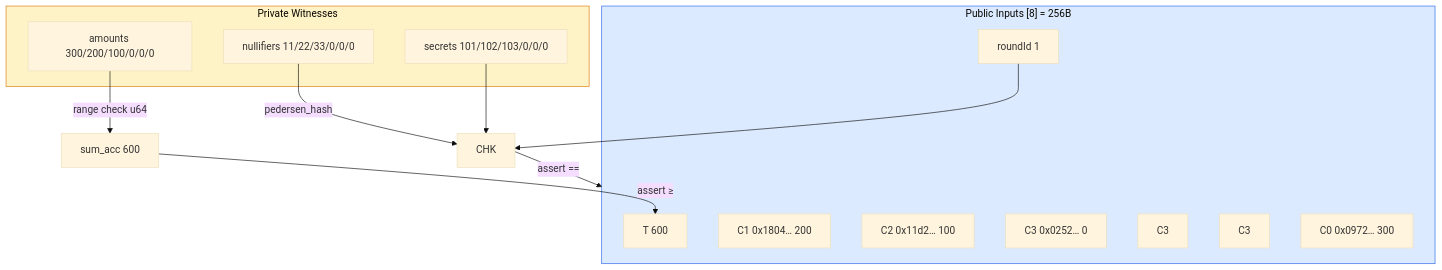
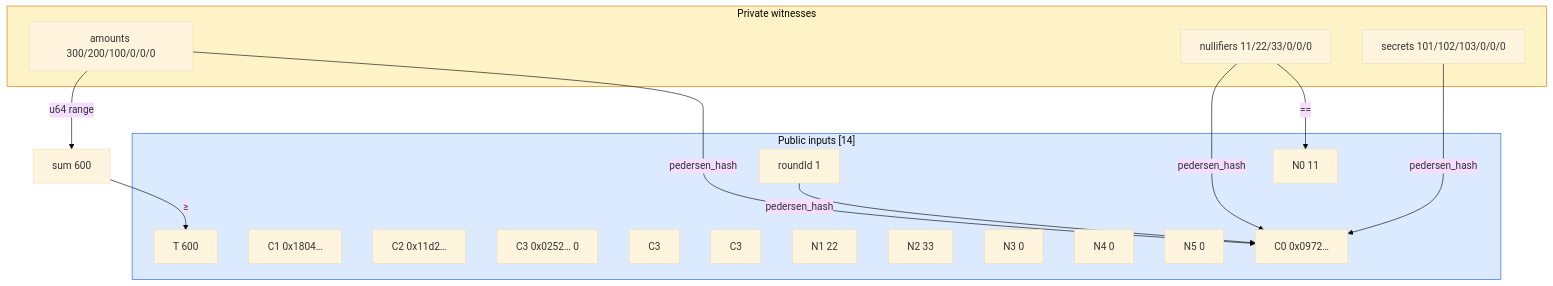
The fifth of 5 diagrams in README.md (sujalmh/blackswan-relay), drawn with Mermaid (base theme) before and after one commit. The commit also changed other lines of this file, not shown here.

Commit message:
readme: v2 novelties - aggregate ZK (14 inputs, 8384B), dual escrow, nullifier-bound, mempool-agnostic

````diff
--- a/README.md
+++ b/README.md
@@ -162,26 +171,30 @@
 ```mermaid
 flowchart TD
-  subgraph PublicInputs["Public Inputs [8] = 256B"]
-    C0[C0 0x0972… 300]
-    C1[C1 0x1804… 200]
-    C2[C2 0x11d2… 100]
+  subgraph Pub["Public inputs [14]"]
+    C0[C0 0x0972…]
+    C1[C1 0x1804…]
+    C2[C2 0x11d2…]
     C3[C3 0x0252… 0]
     C4[C3]
     C5[C3]
+    N0[N0 11]
+    N1[N1 22]
+    N2[N2 33]
+    N3[N3 0]
+    N4[N4 0]
+    N5[N5 0]
     TGT[T 600]
     RID[roundId 1]
   end
-  subgraph Private["Private Witnesses"]
+  subgraph Priv["Private witnesses"]
     AMT[amounts 300/200/100/0/0/0]
     NUL[nullifiers 11/22/33/0/0/0]
     SEC[secrets 101/102/103/0/0/0]
   end
-  AMT -->|range check u64| SUM
-  NUL -->|pedersen_hash| CHK
-  SEC --> CHK
-  RID --> CHK
-  CHK -->|assert ==| PublicInputs
-  SUM[sum_acc 600] -->|assert ≥| TGT
-  style Private fill:#FEF3C7,stroke:#D97706
-  style PublicInputs fill:#DBEAFE,stroke:#2563EB
+  AMT -->|u64 range| SUM
+  AMT & NUL & SEC & RID -->|pedersen_hash| C0
+  NUL -->|==| N0
+  SUM[sum 600] -->|≥| TGT
+  style Priv fill:#FEF3C7,stroke:#D97706
+  style Pub fill:#DBEAFE,stroke:#2563EB
 ```
````
